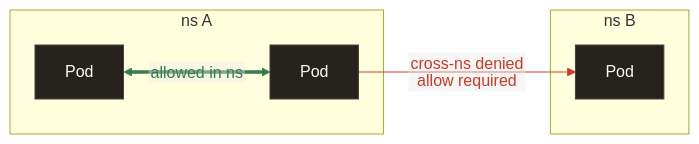
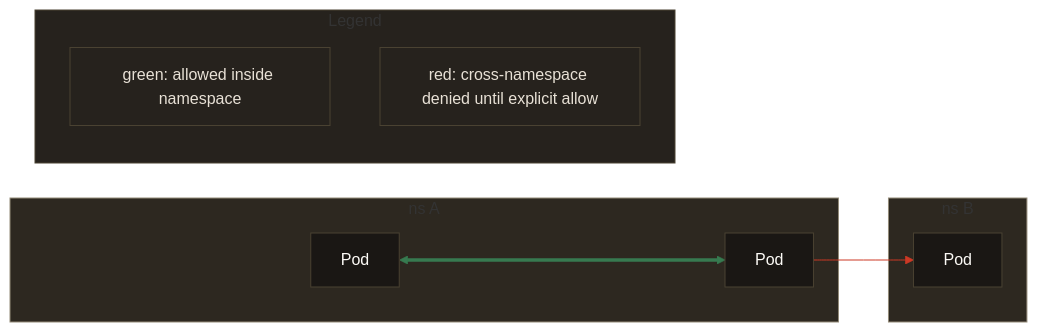
The second of 3 diagrams in kubernetes/network/README.md (yu-min3/kensan-lab), drawn with Mermaid before and after one commit. The commit also changed other lines of this file, not shown here.

Commit message:
docs: Network図の矢印ラベルを凡例化

````diff
--- a/kubernetes/network/README.md
+++ b/kubernetes/network/README.md
@@ -66,15 +66,26 @@
 ```mermaid
 %%{init: {"flowchart": {"htmlLabels": false}} }%%
 flowchart LR
     subgraph nsA["ns A"]
-        A1[Pod] <==>|"allowed in ns"| A2[Pod]
+        A1[Pod] <==> A2[Pod]
     end
     subgraph nsB["ns B"]
         B1[Pod]
     end
-    A2 -->|"cross-ns denied<br/>allow required"| B1
+    A2 --> B1
 
-    classDef default fill:#26221D,stroke:#4A4232,color:#FCFAF6
+    subgraph Key["Legend"]
+        AL["green: allowed inside namespace"]
+        DN["red: cross-namespace denied until explicit allow"]
+    end
+
+    style nsA fill:#2D2820,stroke:#948B79,color:#FCFAF6
+    style nsB fill:#2D2820,stroke:#948B79,color:#FCFAF6
+    style Key fill:#26221D,stroke:#4A4232,color:#FCFAF6
+    classDef pod fill:#1A1714,stroke:#4A4232,color:#FCFAF6
+    classDef note fill:#26221D,stroke:#4A4232,color:#E8E1D6
+    class A1,A2,B1 pod
+    class AL,DN note
     linkStyle 0 stroke:#377A50,color:#377A50
     linkStyle 1 stroke:#CC3925,color:#CC3925
 ```
````
